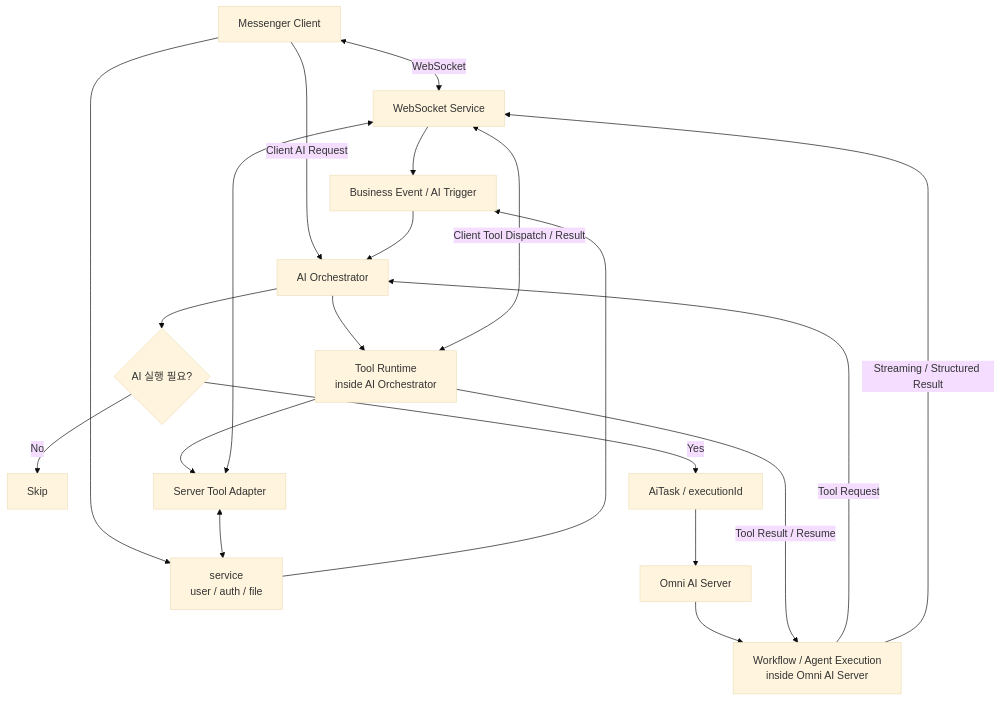
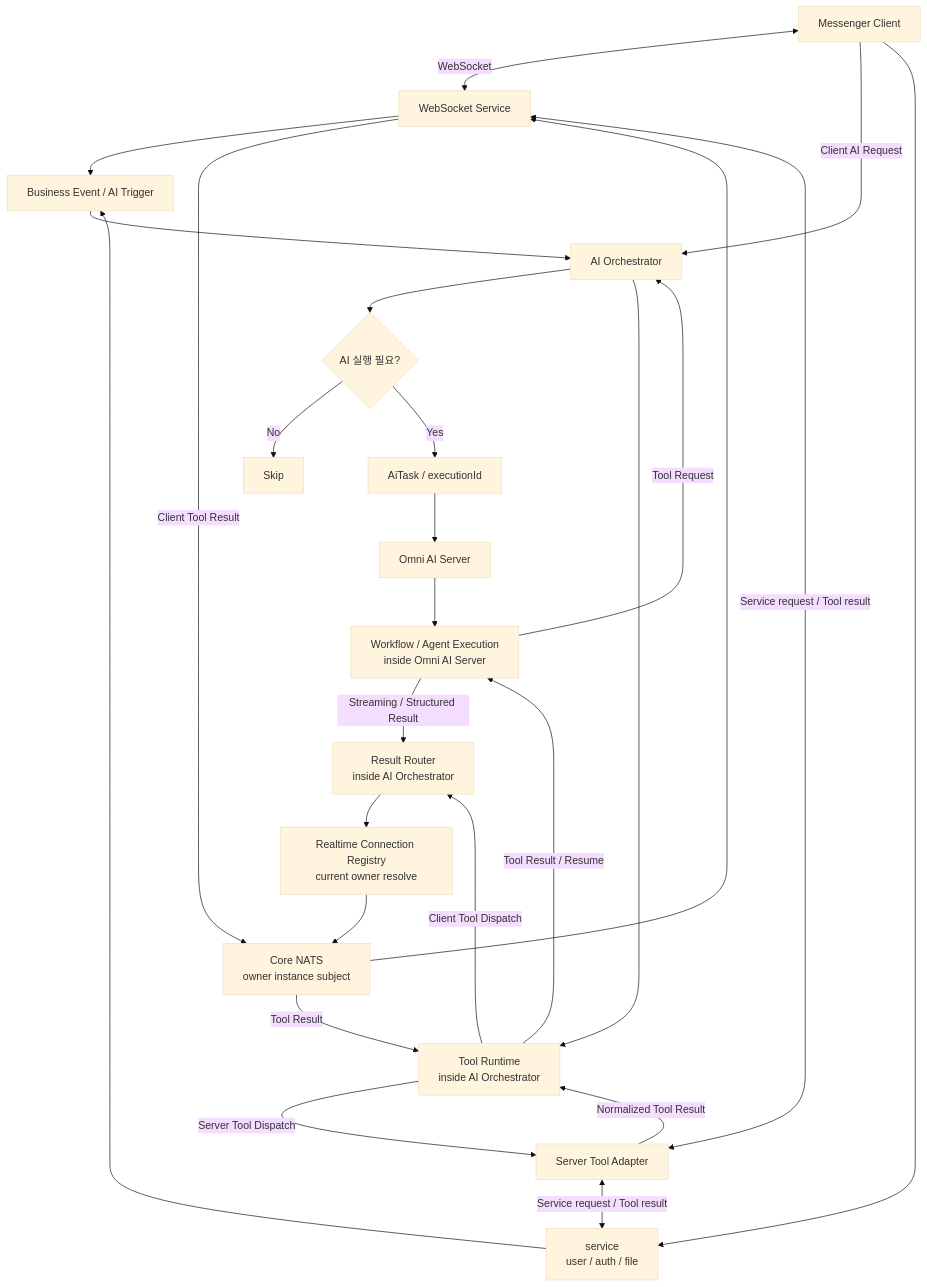
Before and after one commit to kipo3195/omni-ai-architecture: the diagram in README.md, drawn with Mermaid (base theme). The commit also changed other lines of this file and 3 other files, not shown here.

Commit message:
docs: Tool Runtime 기반 Client/Server Tool 라우팅 및 결과 반환 흐름 명확화

````diff
--- a/README.md
+++ b/README.md
@@ -96,27 +96,33 @@
 ```mermaid
 flowchart TD
     A[Messenger Client] <-->|WebSocket| B[WebSocket Service]
     A -->|Client AI Request| G[AI Orchestrator]
     A --> C[service<br/> user / auth / file]
 
     C --> F[Business Event / AI Trigger]
     B --> F
     F --> G
 
     G --> H{AI 실행 필요?}
     H -- No --> I[Skip]
     H -- Yes --> J[AiTask / executionId]
     J --> K[Omni AI Server]
 
     K --> M[Workflow / Agent Execution <br/> inside Omni AI Server]
     M -->|Tool Request| G
     G --> L[Tool Runtime<br/>inside AI Orchestrator]
-    L --> N[Server Tool Adapter]
-    N <--> B
-    N <--> C
+    L -->|Server Tool Dispatch| N[Server Tool Adapter]
+    N <-->|Service request / Tool result| B
+    N <-->|Service request / Tool result| C
+    N -->|Normalized Tool Result| L
 
-    L <-->|Client Tool Dispatch / Result| B
+    L -->|Client Tool Dispatch| R[Result Router<br/>inside AI Orchestrator]
+    R --> Q[Realtime Connection Registry<br/>current owner resolve]
+    Q --> P[Core NATS<br/>owner instance subject]
+    P --> B
+    B -->|Client Tool Result| P
+    P -->|Tool Result| L
     L -->|Tool Result / Resume| M
 
-    M -->|Streaming / Structured Result| B
+    M -->|Streaming / Structured Result| R
 ```
````
